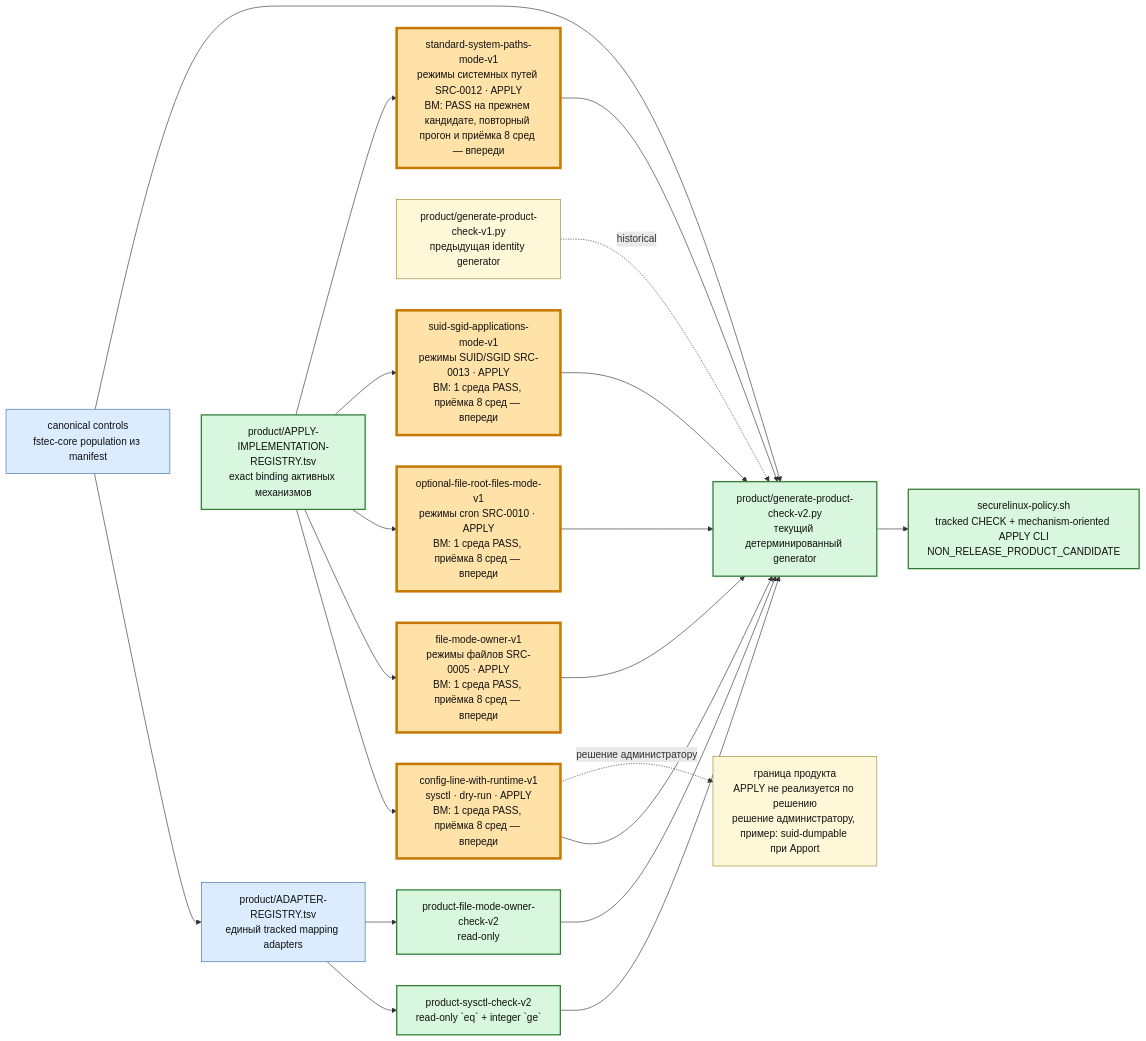
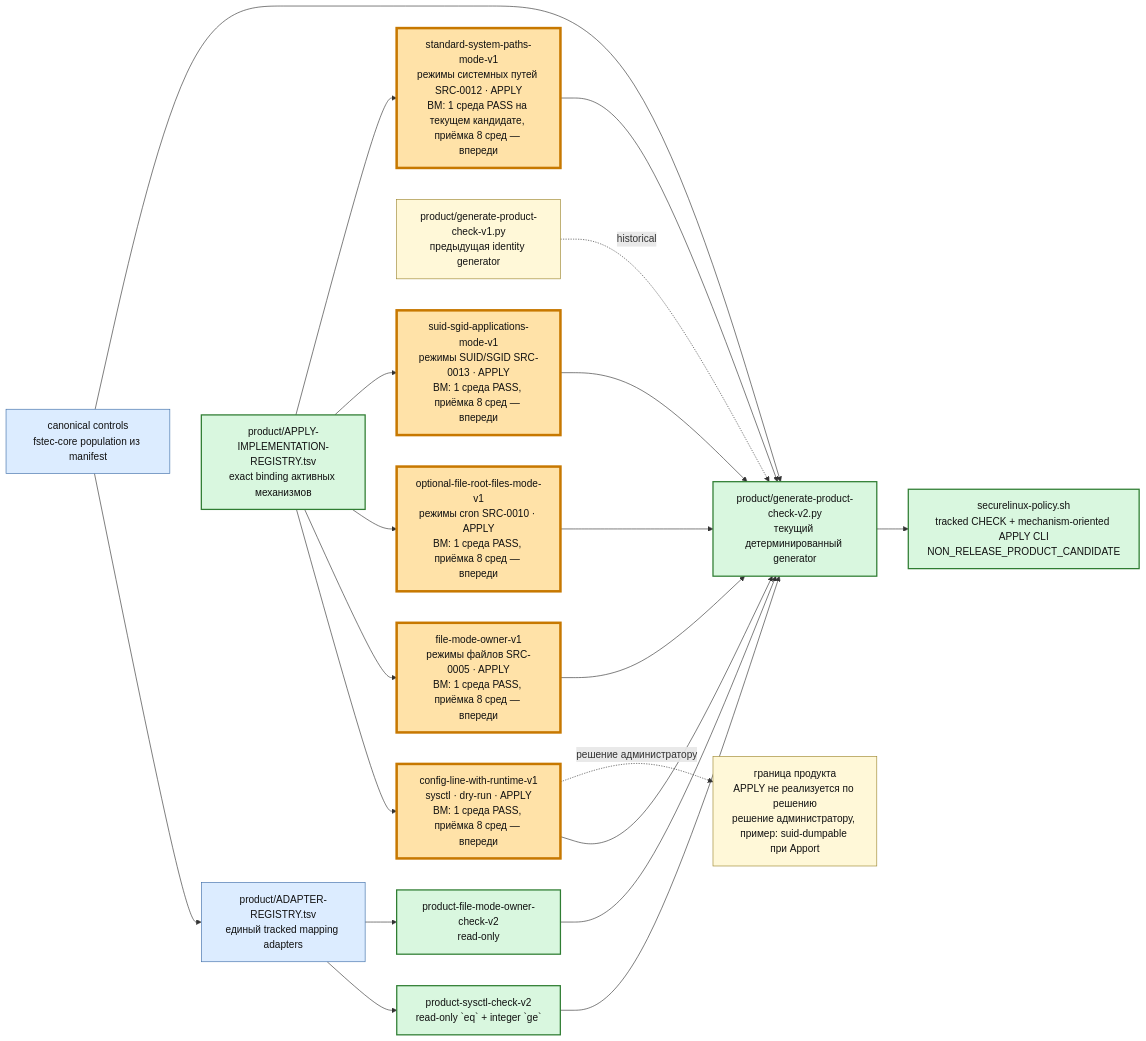
Before and after one commit to rasav65/SecureLinux-Policy: the third of 6 diagrams in docs/PROJECT-MAP.md, drawn with Mermaid. The commit also changed other lines of this file and 9 other files, not shown here.

Commit message:
docs: повторный ВМ-прогон механизма standard-system-paths-mode-v1 на кандидате ba96131b, changelog

````diff
--- a/docs/PROJECT-MAP.md
+++ b/docs/PROJECT-MAP.md
@@ -206,36 +206,36 @@
 ```mermaid
 flowchart LR
     CTRLNOW["canonical controls<br/>fstec-core population из manifest"]:::component
     REG["product/ADAPTER-REGISTRY.tsv<br/>единый tracked mapping adapters"]:::component
     SYS["product-sysctl-check-v2<br/>read-only `eq` + integer `ge`"]:::closed
     FILE["product-file-mode-owner-check-v2<br/>read-only"]:::closed
     GEN1["product/generate-product-check-v1.py<br/>предыдущая identity generator"]:::note
     GEN2["product/generate-product-check-v2.py<br/>текущий детерминированный generator"]:::closed
     IMPLREG["product/APPLY-IMPLEMENTATION-REGISTRY.tsv<br/>exact binding активных механизмов"]:::closed
     APPLY1["config-line-with-runtime-v1<br/>sysctl · dry-run · APPLY<br/>ВМ: 1 среда PASS, приёмка 8 сред — впереди"]:::current
     APPLY2["file-mode-owner-v1<br/>режимы файлов SRC-0005 · APPLY<br/>ВМ: 1 среда PASS, приёмка 8 сред — впереди"]:::current
     APPLY3["optional-file-root-files-mode-v1<br/>режимы cron SRC-0010 · APPLY<br/>ВМ: 1 среда PASS, приёмка 8 сред — впереди"]:::current
     APPLY4["suid-sgid-applications-mode-v1<br/>режимы SUID/SGID SRC-0013 · APPLY<br/>ВМ: 1 среда PASS, приёмка 8 сред — впереди"]:::current
-    APPLY5["standard-system-paths-mode-v1<br/>режимы системных путей SRC-0012 · APPLY<br/>ВМ: PASS на прежнем кандидате, повторный прогон и приёмка 8 сред — впереди"]:::current
+    APPLY5["standard-system-paths-mode-v1<br/>режимы системных путей SRC-0012 · APPLY<br/>ВМ: 1 среда PASS на текущем кандидате, приёмка 8 сред — впереди"]:::current
     CLI["securelinux-policy.sh<br/>tracked CHECK + mechanism-oriented APPLY CLI<br/>NON_RELEASE_PRODUCT_CANDIDATE"]:::closed
     ADMIN["граница продукта<br/>APPLY не реализуется по решению<br/>решение администратору, пример: suid-dumpable при Apport"]:::note
 
     CTRLNOW --> REG
     REG --> SYS
     REG --> FILE
     SYS --> GEN2
     FILE --> GEN2
     CTRLNOW --> GEN2 --> CLI
     IMPLREG --> APPLY1 --> GEN2
     IMPLREG --> APPLY2 --> GEN2
     IMPLREG --> APPLY3 --> GEN2
     IMPLREG --> APPLY4 --> GEN2
     IMPLREG --> APPLY5 --> GEN2
     APPLY1 -. решение администратору .-> ADMIN
     GEN1 -. historical .-> GEN2
 
     classDef closed fill:#d9f7df,stroke:#2f7d32,color:#111,stroke-width:2px;
     classDef component fill:#dcecff,stroke:#3e6ea8,color:#111;
     classDef current fill:#ffe2a8,stroke:#c77800,color:#111,stroke-width:4px;
     classDef note fill:#fff8d8,stroke:#9d8730,color:#111;
 ```
````
